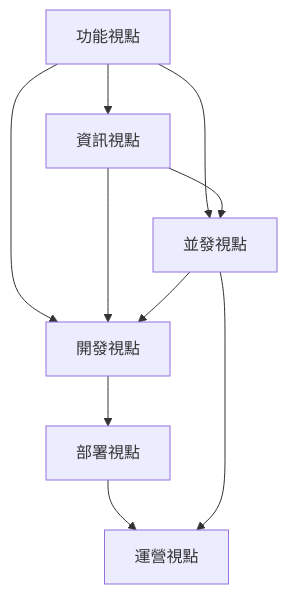
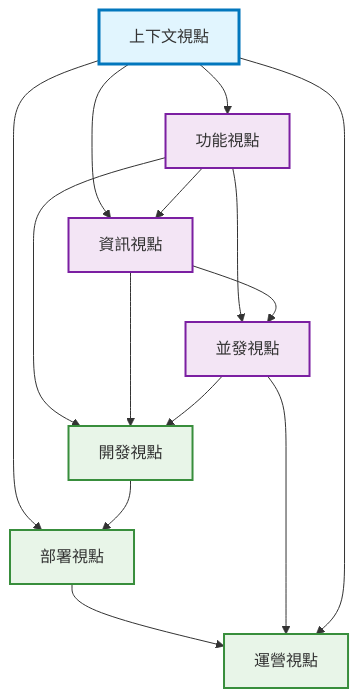
Before and after one commit to humank/genai-demo: the diagram in docs/viewpoints/README.md, drawn with Mermaid. The commit also changed other lines of this file and 4 other files, not shown here.

First line of the commit message:
feat: Create Context Viewpoint to complete Rozanski & Woods methodology

````diff
--- a/docs/viewpoints/README.md
+++ b/docs/viewpoints/README.md
@@ -45,12 +50,24 @@
 ```mermaid
 graph TD
-    F[功能視點] --> I[資訊視點]
+    Ctx[上下文視點] --> F[功能視點]
+    Ctx --> I[資訊視點]
+    F --> I
     F --> C[並發視點]
     I --> C
     F --> Dev[開發視點]
     I --> Dev
     C --> Dev
-    Dev --> Dep[部署視點]
+    Ctx --> Dep[部署視點]
+    Dev --> Dep
     Dep --> O[運營視點]
     C --> O
+    Ctx --> O
+    
+    classDef contextViewpoint fill:#e1f5fe,stroke:#0277bd,stroke-width:3px
+    classDef coreViewpoint fill:#f3e5f5,stroke:#7b1fa2,stroke-width:2px
+    classDef implementationViewpoint fill:#e8f5e8,stroke:#388e3c,stroke-width:2px
+    
+    class Ctx contextViewpoint
+    class F,I,C coreViewpoint
+    class Dev,Dep,O implementationViewpoint
 ```
````
